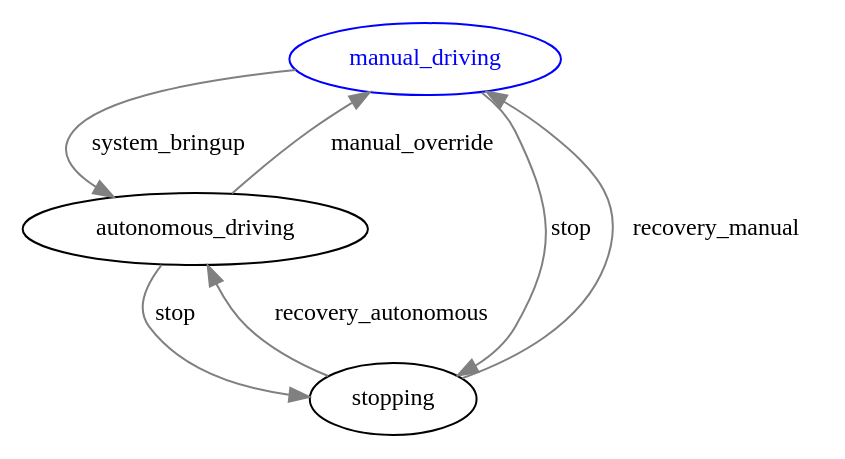
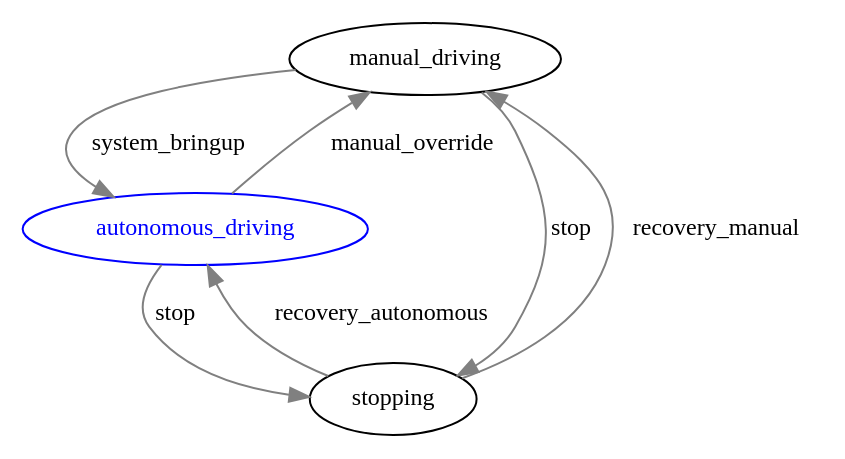
Before and after one commit to rigelVY/Reinventing-the-Wheel: the diagram in src/state_machine/rostate_machine/data/control_state_machine.dot, drawn with Graphviz. The commit also changed 9 other files, not shown here.

```diff
--- a/src/state_machine/rostate_machine/data/control_state_machine.dot
+++ b/src/state_machine/rostate_machine/data/control_state_machine.dot
@@ -1,46 +1,46 @@
 digraph G {
 graph [bgcolor=white]
-0 [color=blue,fontsize=12,shape=ellipse,label="manual_driving"]
+0 [color=black,fontsize=12,shape=ellipse,label="manual_driving"]
+;
+1 [color=blue,fontsize=12,shape=ellipse,label="autonomous_driving"]
 [fontcolor=blue]
-;
-1 [color=black,fontsize=12,shape=ellipse,label="autonomous_driving"]
 ;
 2 [color=black,fontsize=12,shape=ellipse,label="stopping"]
 ;
 0->1 [color=gray]
 [fontsize=12]
 [style=solid]
 [fontcolor=black]
 [label="system_bringup"]
 ;
 0->2 [color=gray]
 [fontsize=12]
 [style=solid]
 [fontcolor=black]
 [label="stop"]
 ;
 1->0 [color=gray]
 [fontsize=12]
 [style=solid]
 [fontcolor=black]
 [label="manual_override"]
 ;
 1->2 [color=gray]
 [fontsize=12]
 [style=solid]
 [fontcolor=black]
 [label="stop"]
 ;
 2->0 [color=gray]
 [fontsize=12]
 [style=solid]
 [fontcolor=black]
 [label="recovery_manual"]
 ;
 2->1 [color=gray]
 [fontsize=12]
 [style=solid]
 [fontcolor=black]
 [label="recovery_autonomous"]
 ;
 }
```
